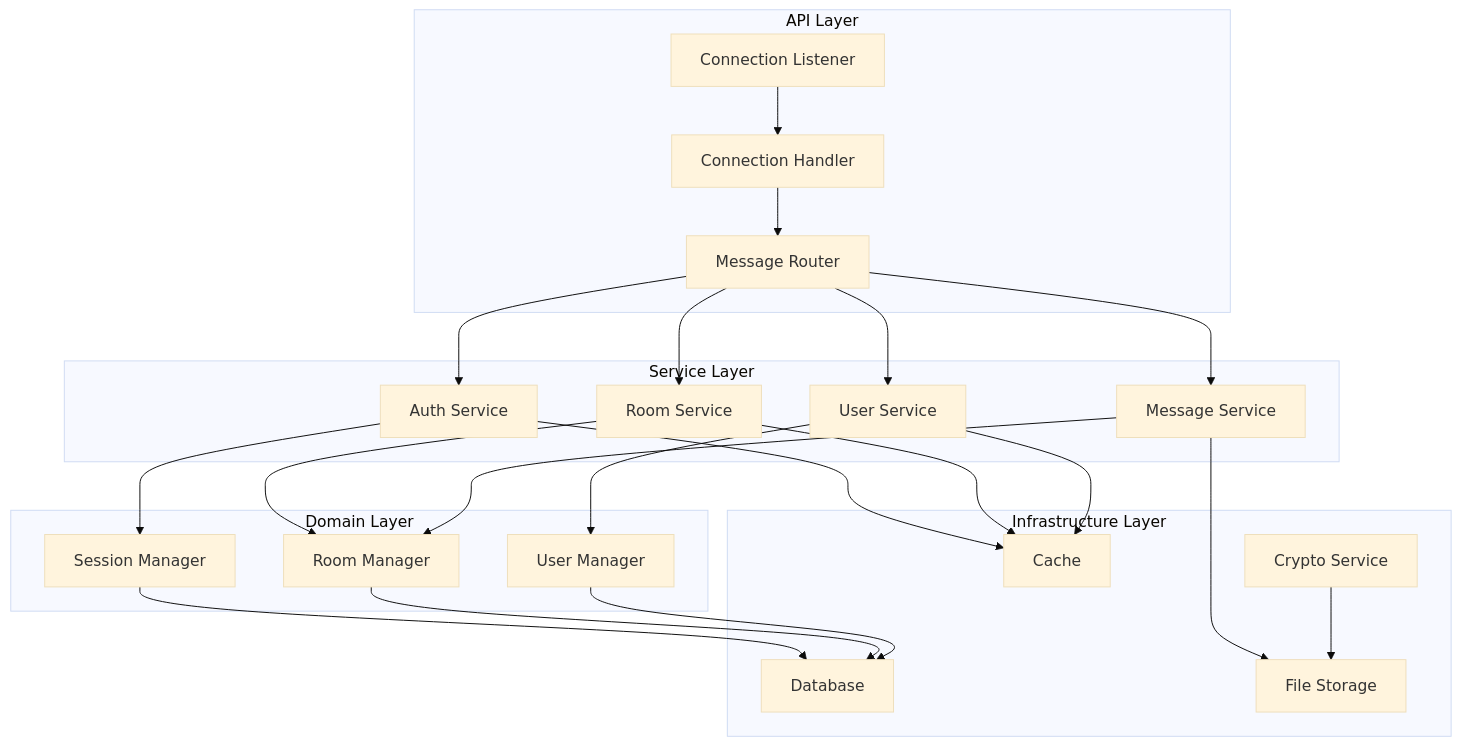
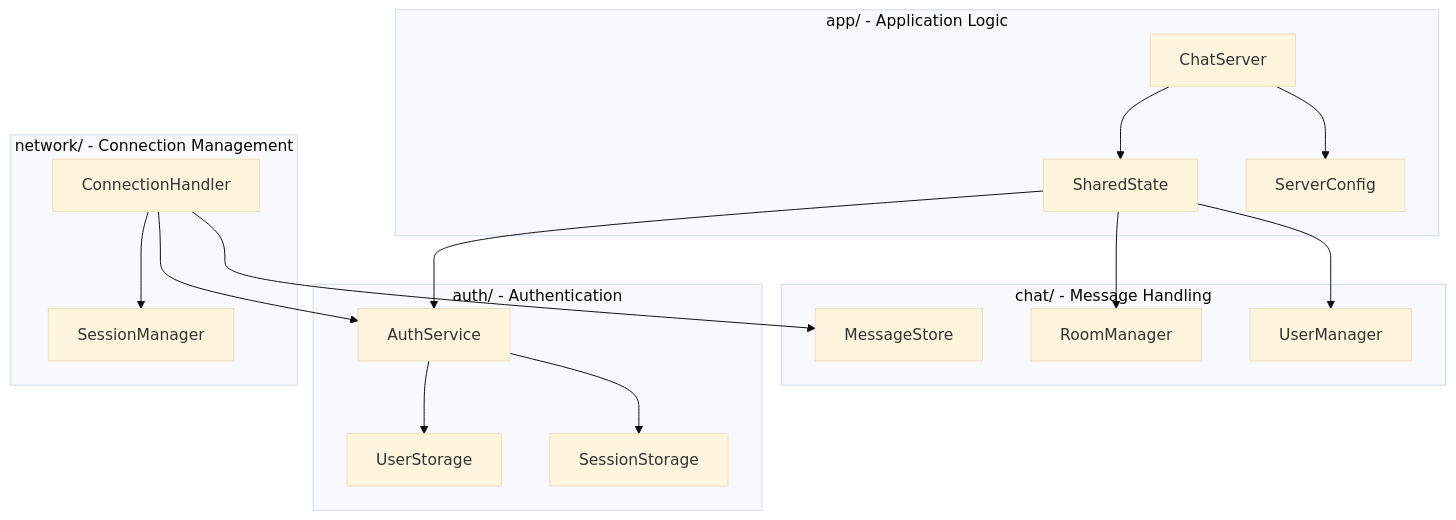
The third of 13 diagrams in docs/architecture/README.md (berrym/lair-chat), drawn with Mermaid (base theme) before and after one commit. The commit also changed other lines of this file and 10 other files, not shown here.

````diff
--- a/docs/architecture/README.md
+++ b/docs/architecture/README.md
@@ -197,51 +304,38 @@
 ```mermaid
 graph TD
-    subgraph "API Layer"
-        LISTEN[Connection Listener]
-        HANDLER[Connection Handler]
-        ROUTER[Message Router]
+    subgraph "app/ - Application Logic"
+        SERVER[ChatServer]
+        STATE[SharedState]
+        CONFIG[ServerConfig]
     end
     
-    subgraph "Service Layer"
-        AUTH_SVC[Auth Service]
-        ROOM_SVC[Room Service]
-        USER_SVC[User Service]
-        MSG_SVC[Message Service]
+    subgraph "chat/ - Message Handling"
+        MSG_STORE[MessageStore]
+        ROOM_MGR[RoomManager]
+        USER_MGR[UserManager]
     end
     
-    subgraph "Domain Layer"
-        ROOM_MGR[Room Manager]
-        USER_MGR[User Manager]
-        SESSION_MGR[Session Manager]
+    subgraph "auth/ - Authentication"
+        AUTH_SVC[AuthService]
+        USER_STORE[UserStorage]
+        SESSION_STORE[SessionStorage]
     end
     
-    subgraph "Infrastructure Layer"
-        DB[Database]
-        CACHE[Cache]
-        STORAGE[File Storage]
-        CRYPTO_SVC[Crypto Service]
+    subgraph "network/ - Connection Management"
+        CONN_HANDLER[ConnectionHandler]
+        SESSION_MGR[SessionManager]
     end
     
-    LISTEN --> HANDLER
-    HANDLER --> ROUTER
-    ROUTER --> AUTH_SVC
-    ROUTER --> ROOM_SVC
-    ROUTER --> USER_SVC
-    ROUTER --> MSG_SVC
+    SERVER --> STATE
+    SERVER --> CONFIG
+    STATE --> ROOM_MGR
+    STATE --> USER_MGR
+    STATE --> AUTH_SVC
     
-    AUTH_SVC --> SESSION_MGR
-    ROOM_SVC --> ROOM_MGR
-    USER_SVC --> USER_MGR
-    MSG_SVC --> ROOM_MGR
+    CONN_HANDLER --> SESSION_MGR
+    CONN_HANDLER --> AUTH_SVC
+    CONN_HANDLER --> MSG_STORE
     
-    SESSION_MGR --> DB
-    ROOM_MGR --> DB
-    USER_MGR --> DB
-    
-    AUTH_SVC --> CACHE
-    ROOM_SVC --> CACHE
-    USER_SVC --> CACHE
-    
-    MSG_SVC --> STORAGE
-    CRYPTO_SVC --> STORAGE
+    AUTH_SVC --> USER_STORE
+    AUTH_SVC --> SESSION_STORE
 ```
````
